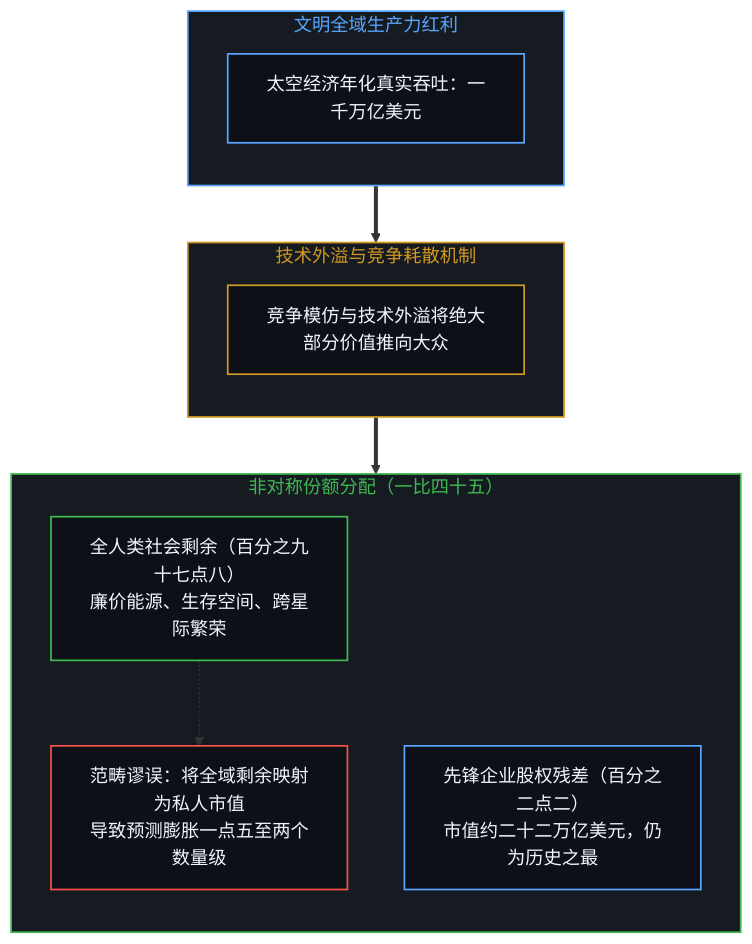
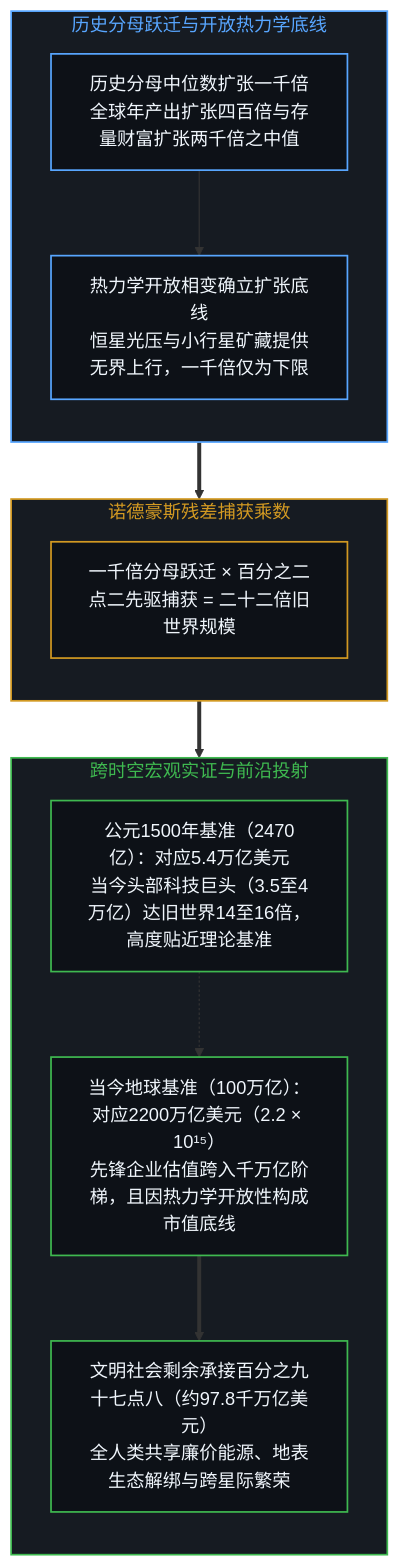
Before and after one commit to powerpig99/not-a-toe: the seventh of 14 diagrams in content/posts/beyond-the-hundred-trillion-horizon.md, drawn with Mermaid. The commit also changed other lines of this file and 4 other files, not shown here.

````diff
--- a/content/posts/beyond-the-hundred-trillion-horizon.md
+++ b/content/posts/beyond-the-hundred-trillion-horizon.md
@@ -273,33 +277,36 @@
 ```mermaid
 flowchart TD
     classDef default fill:#0d1117,stroke:#30363d,stroke-width:1px,color:#f0f6fc;
     classDef mind fill:#0d1117,stroke:#3fb950,stroke-width:1.5px,color:#f0f6fc;
     classDef warn fill:#0d1117,stroke:#d29922,stroke-width:1.5px,color:#f0f6fc;
     classDef fail fill:#0d1117,stroke:#f85149,stroke-width:1.5px,color:#f0f6fc;
     classDef model fill:#0d1117,stroke:#58a6ff,stroke-width:1.5px,color:#f0f6fc;
 
-    subgraph S_TOTAL_ZH ["文明全域生产力红利"]
+    subgraph S_DENOM_ZH ["历史分母跃迁与开放热力学底线"]
         direction TB
-        COSMIC_SURPLUS["太空经济年化真实吞吐：一千万亿美元"]:::model
+        MEDIAN["历史分母中位数扩张一千倍<br/>全球年产出扩张四百倍与存量财富扩张两千倍之中值"]:::model
+        FLOOR["热力学开放相变确立扩张底线<br/>恒星光压与小行星矿藏提供无界上行，一千倍仅为下限"]:::model
+        MEDIAN --> FLOOR
     end
 
-    subgraph S_DIFFUSE_ZH ["技术外溢与竞争耗散机制"]
+    subgraph S_FORMULA_ZH ["诺德豪斯残差捕获乘数"]
         direction TB
-        DISSIPATE["竞争模仿与技术外溢将绝大部分价值推向大众"]:::warn
+        CALC["一千倍分母跃迁 × 百分之二点二先驱捕获 = 二十二倍旧世界规模"]:::warn
     end
 
-    subgraph S_SHARES_ZH ["非对称份额分配（一比四十五）"]
+    subgraph S_MAPPING_ZH ["跨时空宏观实证与前沿投射"]
         direction TB
-        PUBLIC_DIVIDEND["全人类社会剩余（百分之九十七点八）<br/>廉价能源、生存空间、跨星际繁荣"]:::mind
-        PRIVATE_EQUITY["先锋企业股权残差（百分之二点二）<br/>市值约二十二万亿美元，仍为历史之最"]:::model
-        MISMATCH["范畴谬误：将全域剩余映射为私人市值<br/>导致预测膨胀一点五至两个数量级"]:::fail
-        PUBLIC_DIVIDEND -.-> MISMATCH
+        HIST_VAL["公元1500年基准（2470亿）：对应5.4万亿美元<br/>当今头部科技巨头（3.5至4万亿）达旧世界14至16倍，高度贴近理论基准"]:::mind
+        SPACE_VAL["当今地球基准（100万亿）：对应2200万亿美元（2.2 × 10¹⁵）<br/>先锋企业估值跨入千万亿阶梯，且因热力学开放性构成市值底线"]:::mind
+        SURPLUS["文明社会剩余承接百分之九十七点八（约97.8千万亿美元）<br/>全人类共享廉价能源、地表生态解绑与跨星际繁荣"]:::mind
+        HIST_VAL -.-> SPACE_VAL
+        SPACE_VAL ==> SURPLUS
     end
 
-    S_TOTAL_ZH ==> S_DIFFUSE_ZH
-    S_DIFFUSE_ZH ==> S_SHARES_ZH
+    S_DENOM_ZH ==> S_FORMULA_ZH
+    S_FORMULA_ZH ==> S_MAPPING_ZH
 
-    style S_TOTAL_ZH fill:#161b22,stroke:#58a6ff,stroke-width:1.5px,color:#58a6ff
-    style S_DIFFUSE_ZH fill:#161b22,stroke:#d29922,stroke-width:1.5px,color:#d29922
-    style S_SHARES_ZH fill:#161b22,stroke:#3fb950,stroke-width:1.5px,color:#3fb950
+    style S_DENOM_ZH fill:#161b22,stroke:#58a6ff,stroke-width:1.5px,color:#58a6ff
+    style S_FORMULA_ZH fill:#161b22,stroke:#d29922,stroke-width:1.5px,color:#d29922
+    style S_MAPPING_ZH fill:#161b22,stroke:#3fb950,stroke-width:1.5px,color:#3fb950
 ```
````
